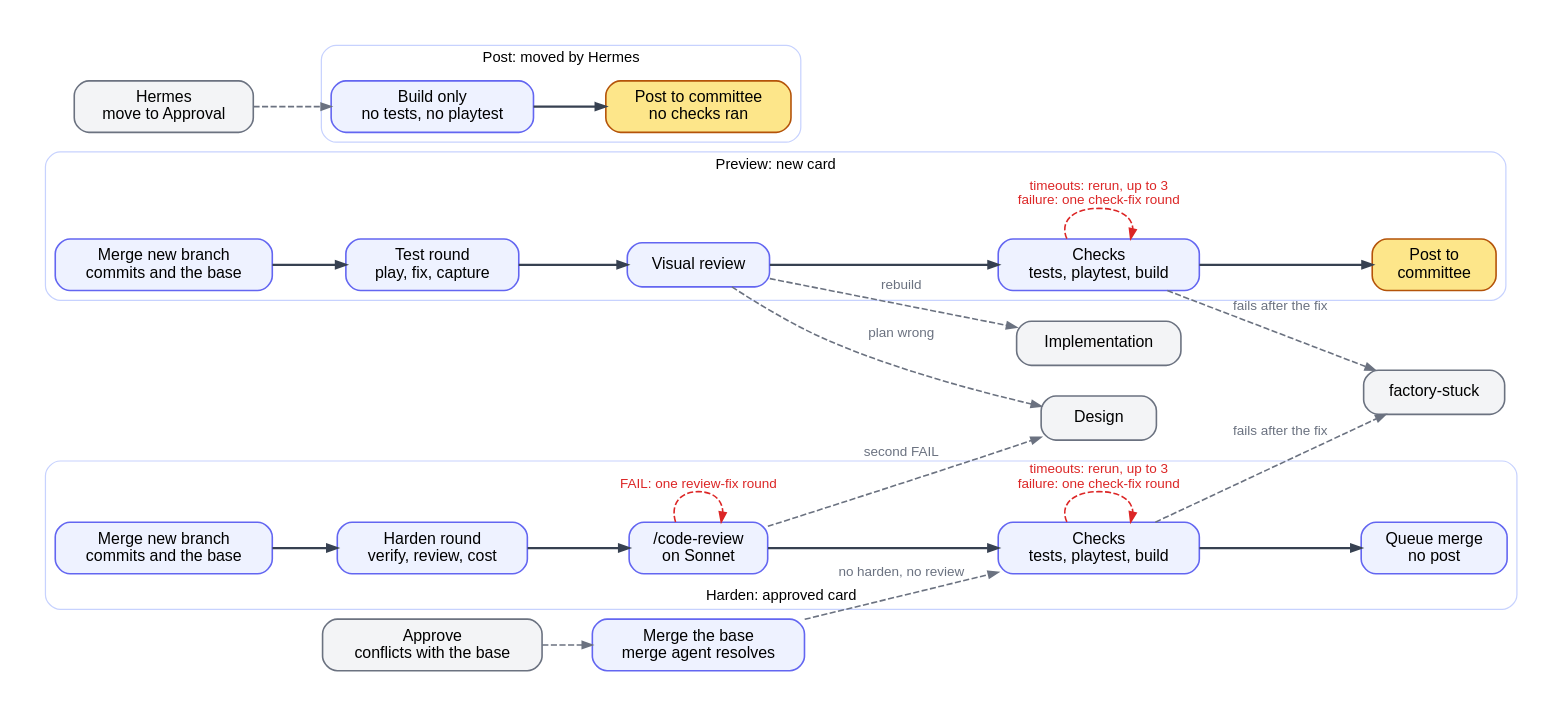
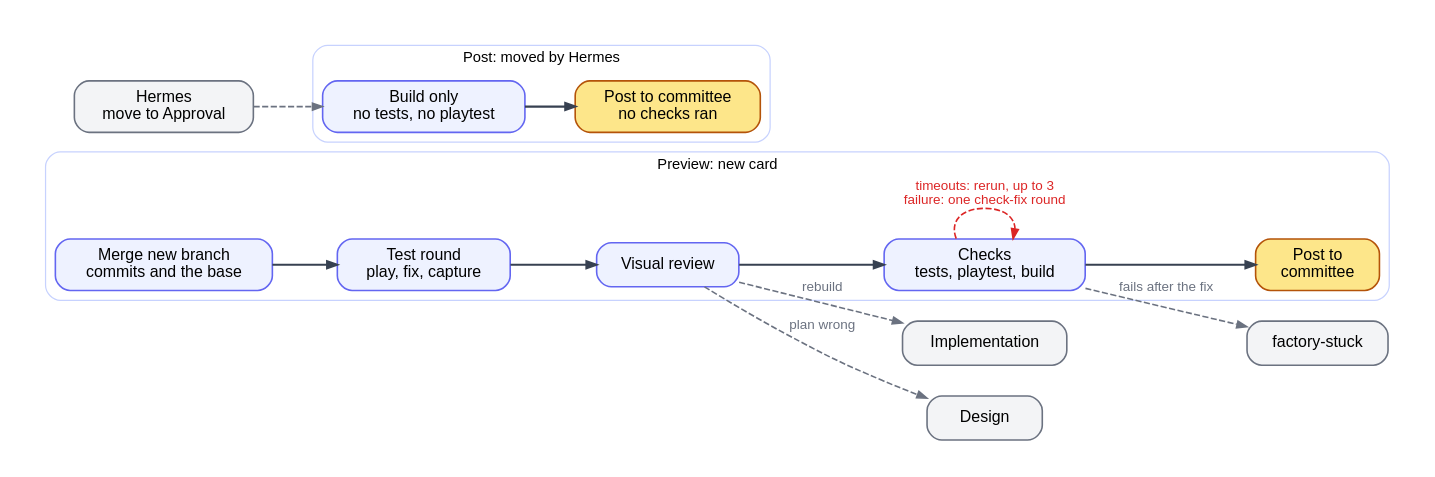
Before and after one commit to btseytlin/road-machiners: the diagram in factory/docs/diagrams/testing.dot, drawn with Graphviz. The commit also changed 37 other files, not shown here.

Commit message:
Approved cards harden in their own Hardening column: the harden round and the review run, and the checks rerun only when hardening moved the head past the build the committee played

```diff
--- a/factory/docs/diagrams/testing.dot
+++ b/factory/docs/diagrams/testing.dot
@@ -1,42 +1,28 @@
-// Testing column. Two lines: preview before the committee plays, harden after it approves. A third, post, runs only when Hermes moves a card to Approval. Red: loops back. Grey: leaves Testing or enters from outside.
+// Testing column. Preview before the committee plays. Post runs only when Hermes moves a card to Approval. Red: loops back. Grey: leaves Testing or enters from outside.
 digraph testing {
   rankdir=LR; nodesep=0.35; ranksep=0.55; bgcolor=white; pad=0.3;
   node [shape=box, style="rounded,filled", fillcolor="#eef2ff", color="#6366f1", fontname="Helvetica", fontsize=13, margin="0.2,0.1", penwidth=1.3, width=1.3];
   edge [color="#374151", penwidth=1.8, arrowsize=0.8, fontname="Helvetica", fontsize=11];
   subgraph cluster_preview {
     label="Preview: new card"; fontname="Helvetica"; fontsize=12; color="#c7d2fe"; style=rounded;
     PM [label="Merge new branch\ncommits and the base"]; PT [label="Test round\nplay, fix, capture"]; PV [label="Visual review"];
     PC [label="Checks\ntests, playtest, build"]; PP [label="Post to\ncommittee", fillcolor="#fde68a", color="#b45309"];
     PM -> PT -> PV -> PC -> PP [weight=100];
   }
-  subgraph cluster_harden {
-    label="Harden: approved card"; labelloc=b; fontname="Helvetica"; fontsize=12; color="#c7d2fe"; style=rounded;
-    HM [label="Merge new branch\ncommits and the base"]; HH [label="Harden round\nverify, review, cost"]; HR [label="/code-review\non Sonnet"];
-    HC [label="Checks\ntests, playtest, build"]; HQ [label="Queue merge\nno post"];
-    HM -> HH -> HR -> HC -> HQ [weight=100];
-  }
   subgraph cluster_post {
     label="Post: moved by Hermes"; fontname="Helvetica"; fontsize=12; color="#c7d2fe"; style=rounded;
     QB [label="Build only\nno tests, no playtest"]; QP [label="Post to committee\nno checks ran", fillcolor="#fde68a", color="#b45309"];
     QB -> QP [weight=100];
   }
   XH [label="Hermes\nmove to Approval", fillcolor="#f3f4f6", color="#6b7280"];
   XI [label="Implementation", fillcolor="#f3f4f6", color="#6b7280"];
   XD [label="Design", fillcolor="#f3f4f6", color="#6b7280"];
   XS [label="factory-stuck", fillcolor="#f3f4f6", color="#6b7280"];
-  XA [label="Approve\nconflicts with the base", fillcolor="#f3f4f6", color="#6b7280"];
-  HX [label="Merge the base\nmerge agent resolves"];
   edge [color="#dc2626", fontcolor="#dc2626", style=dashed, penwidth=1.3];
   PC -> PC [label="timeouts: rerun, up to 3\nfailure: one check-fix round"];
-  HC -> HC [label="timeouts: rerun, up to 3\nfailure: one check-fix round"];
-  HR -> HR [label="FAIL: one review-fix round"];
   edge [color="#6b7280", fontcolor="#6b7280"];
   XH -> QB;
-  XA -> HX;
-  HX -> HC [label="no harden, no review"];
   PV -> XI [label="rebuild"];
   PV -> XD [label="plan wrong"];
-  HR -> XD [label="second FAIL"];
   PC -> XS [label="fails after the fix"];
-  HC -> XS [label="fails after the fix"];
 }
```
